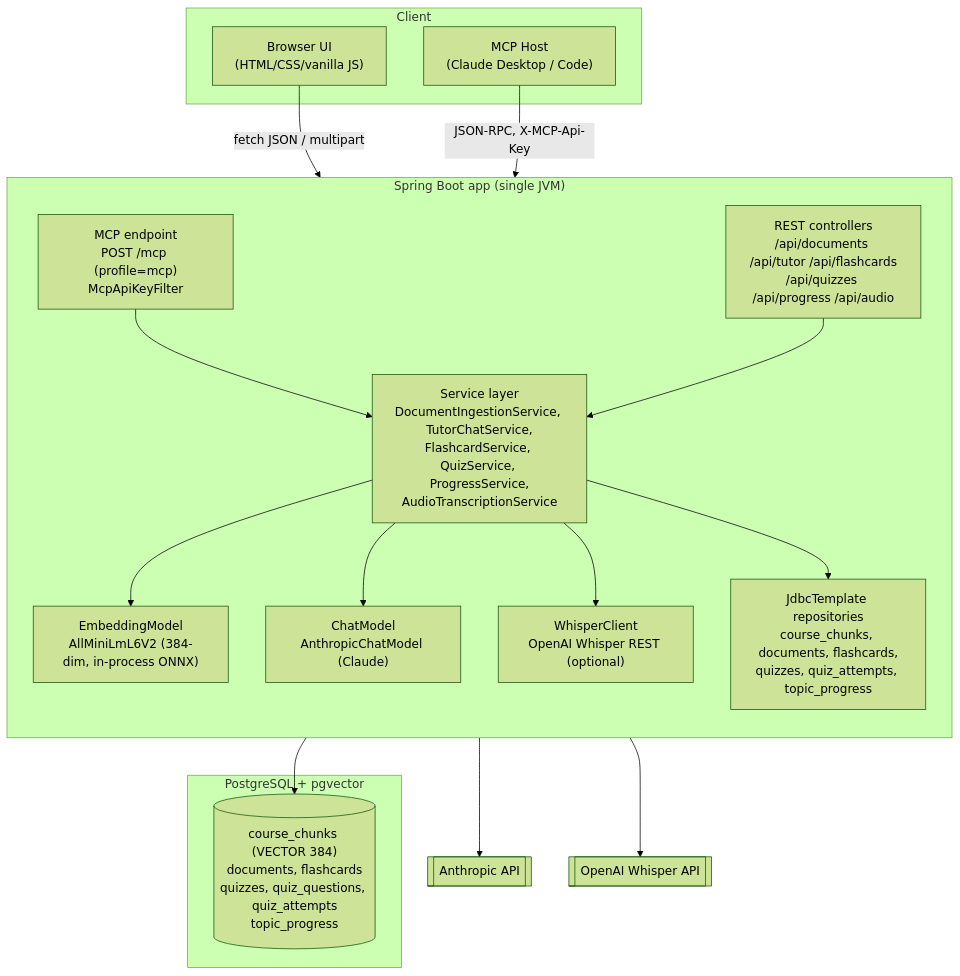
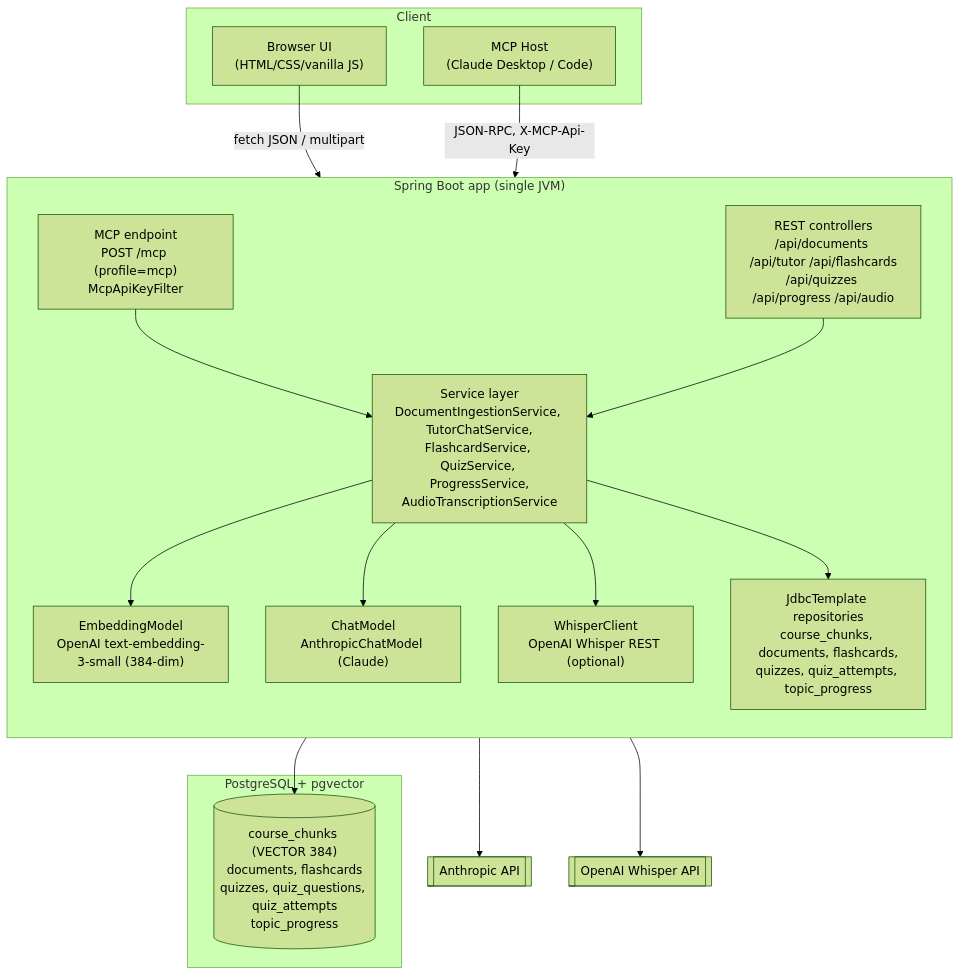
Before and after one commit to nareshsaharan/genai-java-course: the first of 2 diagrams in projects/study-buddy/README.md, drawn with Mermaid (forest theme). The commit also changed other lines of this file and 11 other files, not shown here.

First line of the commit message:
feat: switch embeddings from local ONNX to OpenAI API

````diff
--- a/projects/study-buddy/README.md
+++ b/projects/study-buddy/README.md
@@ -28,37 +29,37 @@
 ```mermaid
 flowchart TB
     subgraph Client["Client"]
         Browser["Browser UI\n(HTML/CSS/vanilla JS)"]
         MCPHost["MCP Host\n(Claude Desktop / Code)"]
     end
 
     subgraph App["Spring Boot app (single JVM)"]
         direction TB
         REST["REST controllers\n/api/documents /api/tutor /api/flashcards\n/api/quizzes /api/progress /api/audio"]
         MCP["MCP endpoint\nPOST /mcp (profile=mcp)\nMcpApiKeyFilter"]
         Services["Service layer\nDocumentIngestionService, TutorChatService,\nFlashcardService, QuizService, ProgressService,\nAudioTranscriptionService"]
-        Embed["EmbeddingModel\nAllMiniLmL6V2 (384-dim, in-process ONNX)"]
+        Embed["EmbeddingModel\nOpenAI text-embedding-3-small (384-dim)"]
         Chat["ChatModel\nAnthropicChatModel (Claude)"]
         Whisper["WhisperClient\nOpenAI Whisper REST (optional)"]
         Repos["JdbcTemplate repositories\ncourse_chunks, documents, flashcards,\nquizzes, quiz_attempts, topic_progress"]
     end
 
     subgraph DB["PostgreSQL + pgvector"]
         Tables[("course_chunks (VECTOR 384)\ndocuments, flashcards\nquizzes, quiz_questions, quiz_attempts\ntopic_progress")]
     end
 
     Anthropic[["Anthropic API"]]
     OpenAI[["OpenAI Whisper API"]]
 
     Browser -->|fetch JSON / multipart| REST
     MCPHost -->|JSON-RPC, X-MCP-Api-Key| MCP
     MCP --> Services
     REST --> Services
     Services --> Embed
     Services --> Chat
     Services --> Whisper
     Services --> Repos
     Repos --> Tables
     Chat --> Anthropic
     Whisper --> OpenAI
 ```
````
